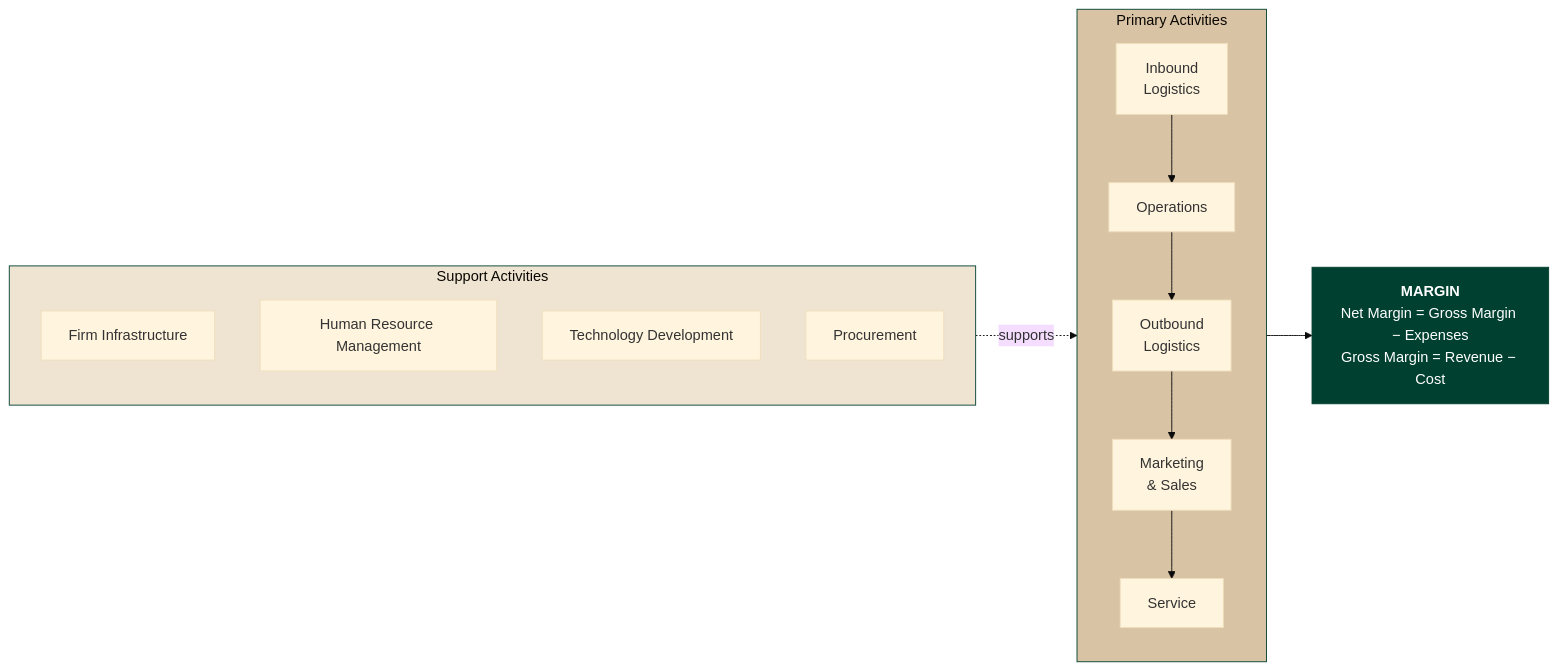
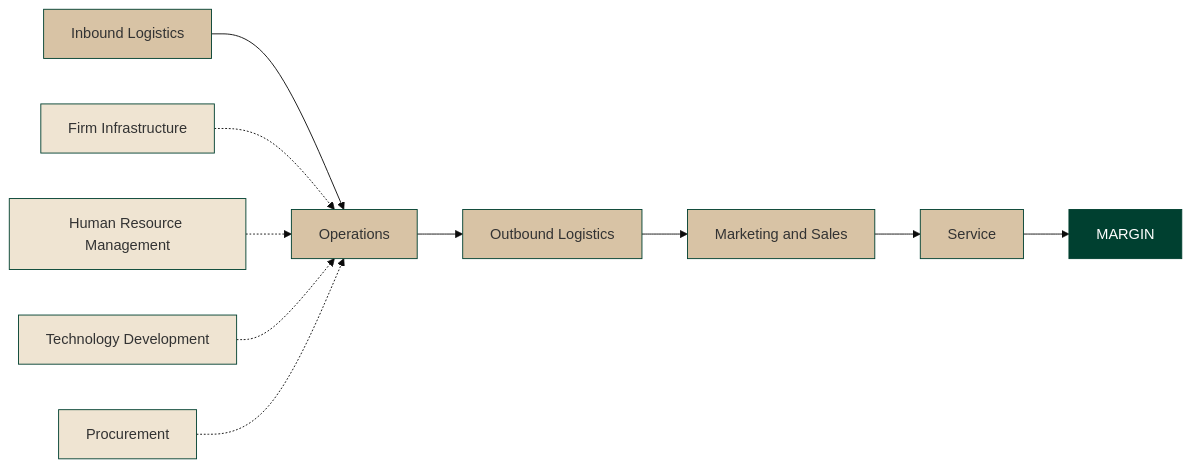
Before and after one commit to lolopodcast/SMMC-EMI-Textbook-Web: the third of 4 diagrams in content/ch05.qmd, drawn with Mermaid (base theme). The commit also changed other lines of this file, not shown here.

Commit message:
Refactor mermaid diagrams for clarity and consistency

````diff
--- a/content/ch05.qmd
+++ b/content/ch05.qmd
@@ -205,21 +200,32 @@
 ```{mermaid}
 flowchart LR
-    subgraph SUPPORT["Support Activities"]
-        FI["Firm Infrastructure"]
-        HR["Human Resource Management"]
-        TD["Technology Development"]
-        PR["Procurement"]
-    end
-    subgraph PRIMARY["Primary Activities"]
-        IL["Inbound<br/>Logistics"] --> OP["Operations"]
-        OP --> OL["Outbound<br/>Logistics"]
-        OL --> MS["Marketing<br/>& Sales"]
-        MS --> SV["Service"]
-    end
-    SUPPORT -.supports.-> PRIMARY
-    PRIMARY --> MARGIN["<b>MARGIN</b><br/>Net Margin = Gross Margin − Expenses<br/>Gross Margin = Revenue − Cost"]
-    
-    style PRIMARY fill:#D8C3A5,stroke:#004030
-    style SUPPORT fill:#EFE4D2,stroke:#004030
+    FI["Firm Infrastructure"]
+    HR["Human Resource Management"]
+    TD["Technology Development"]
+    PR["Procurement"]
+    IL["Inbound Logistics"]
+    OP["Operations"]
+    OL["Outbound Logistics"]
+    MS["Marketing and Sales"]
+    SV["Service"]
+    MARGIN["MARGIN"]
+    IL --> OP
+    OP --> OL
+    OL --> MS
+    MS --> SV
+    SV --> MARGIN
+    FI -.-> OP
+    HR -.-> OP
+    TD -.-> OP
+    PR -.-> OP
+    style FI fill:#EFE4D2,stroke:#004030
+    style HR fill:#EFE4D2,stroke:#004030
+    style TD fill:#EFE4D2,stroke:#004030
+    style PR fill:#EFE4D2,stroke:#004030
+    style IL fill:#D8C3A5,stroke:#004030
+    style OP fill:#D8C3A5,stroke:#004030
+    style OL fill:#D8C3A5,stroke:#004030
+    style MS fill:#D8C3A5,stroke:#004030
+    style SV fill:#D8C3A5,stroke:#004030
     style MARGIN fill:#004030,stroke:#004030,color:#FFFFFF
 ```
````
